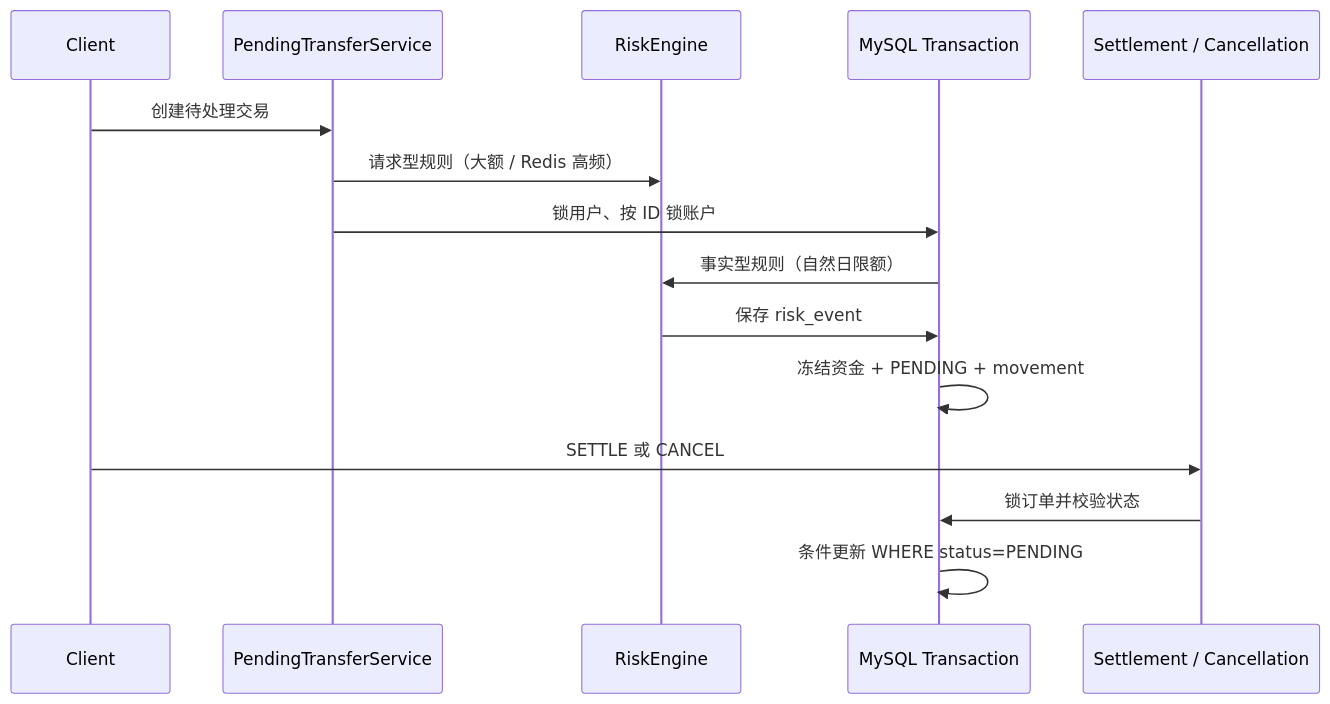
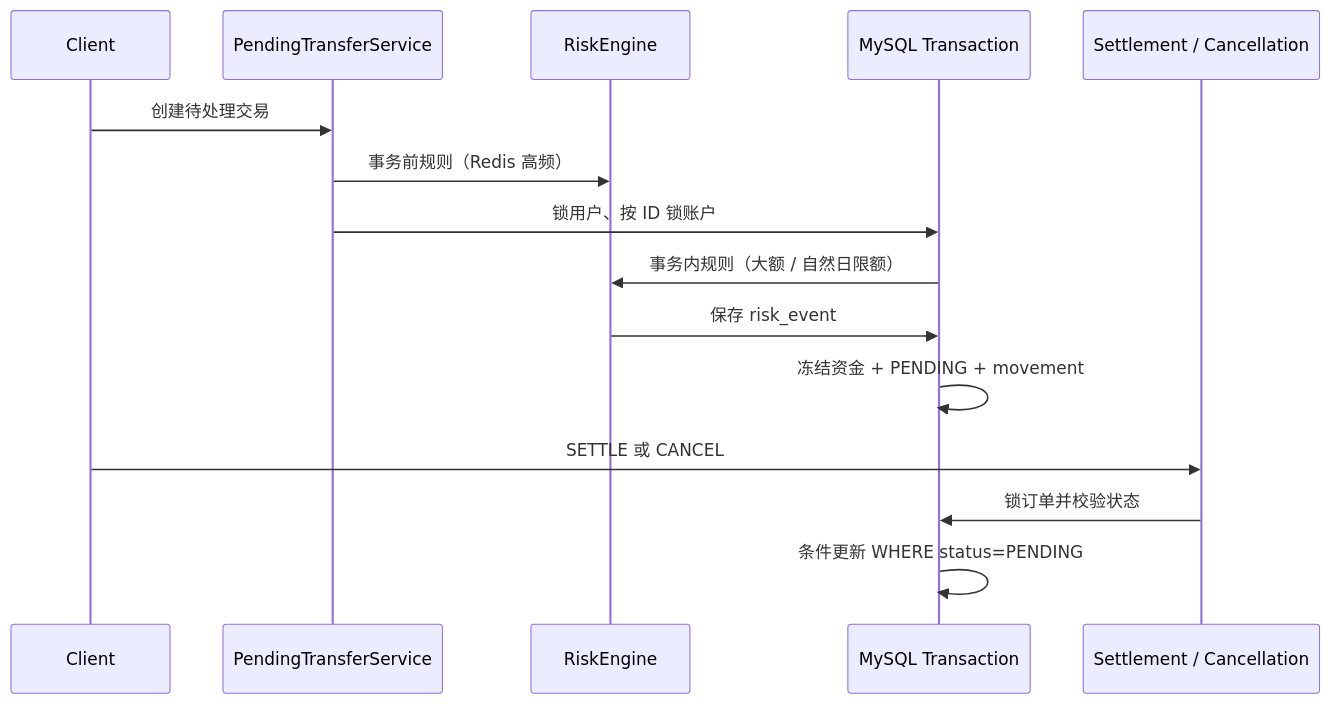
One commit to wwdaas/finledger changed the fourth of 6 diagrams in docs/architecture.md. Above: the diagram before and after it, drawn with Mermaid. The commit also changed other lines of this file and 14 other files, not shown here.

Commit message:
docs: finalize architecture interview and resume guides

````diff
--- a/docs/architecture.md
+++ b/docs/architecture.md
@@ -181,18 +181,18 @@
 ```mermaid
 sequenceDiagram
     participant C as Client
     participant P as PendingTransferService
     participant R as RiskEngine
     participant D as MySQL Transaction
     participant X as Settlement / Cancellation
 
     C->>P: 创建待处理交易
-    P->>R: 请求型规则（大额 / Redis 高频）
+    P->>R: 事务前规则（Redis 高频）
     P->>D: 锁用户、按 ID 锁账户
-    D->>R: 事实型规则（自然日限额）
+    D->>R: 事务内规则（大额 / 自然日限额）
     R->>D: 保存 risk_event
     D->>D: 冻结资金 + PENDING + movement
     C->>X: SETTLE 或 CANCEL
     X->>D: 锁订单并校验状态
     D->>D: 条件更新 WHERE status=PENDING
 ```
````
